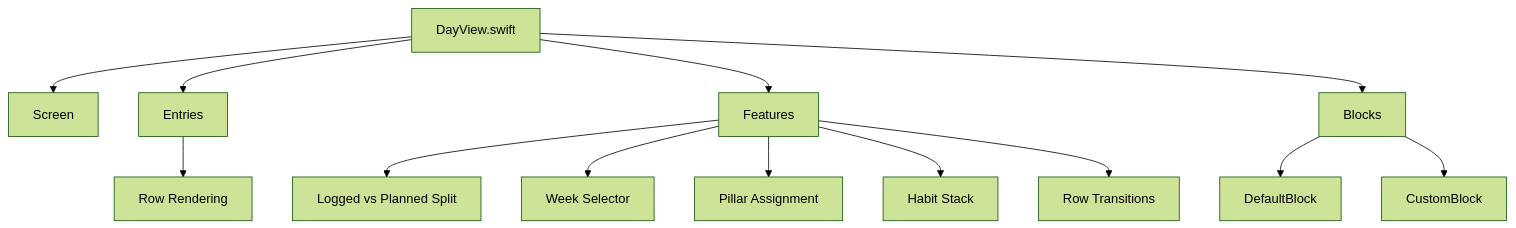
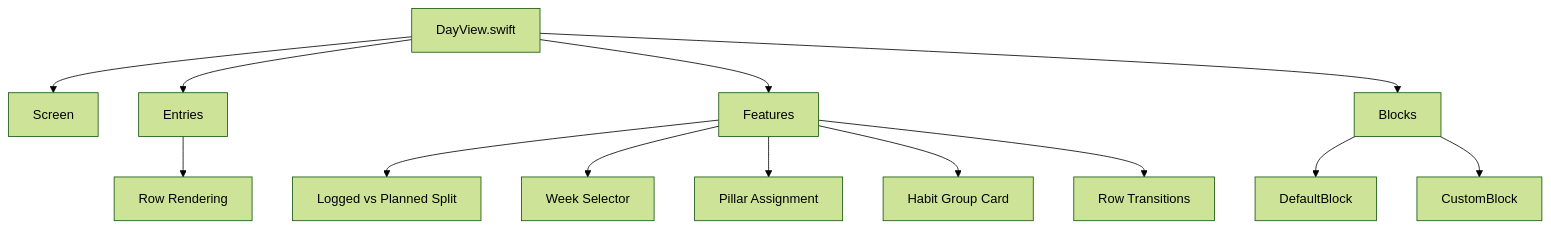
One commit to BradleyDRyan/Pillars changed the diagram in Pillars/Pillars/Views/Day/README.md. Above: the diagram before and after it, drawn with Mermaid (forest theme). The commit also changed other lines of this file and 12 other files, not shown here.

````diff
--- a/Pillars/Pillars/Views/Day/README.md
+++ b/Pillars/Pillars/Views/Day/README.md
@@ -14,15 +14,15 @@
 ```mermaid
 flowchart TD
     A[DayView.swift] --> B[Screen]
     A --> C[Entries]
     A --> D[Features]
     C --> E[Row Rendering]
     D --> F[Logged vs Planned Split]
     D --> G[Week Selector]
     D --> H[Pillar Assignment]
-    D --> I[Habit Stack]
+    D --> I[Habit Group Card]
     D --> J[Row Transitions]
     A --> K[Blocks]
     K --> L[DefaultBlock]
     K --> M[CustomBlock]
 ```
````
